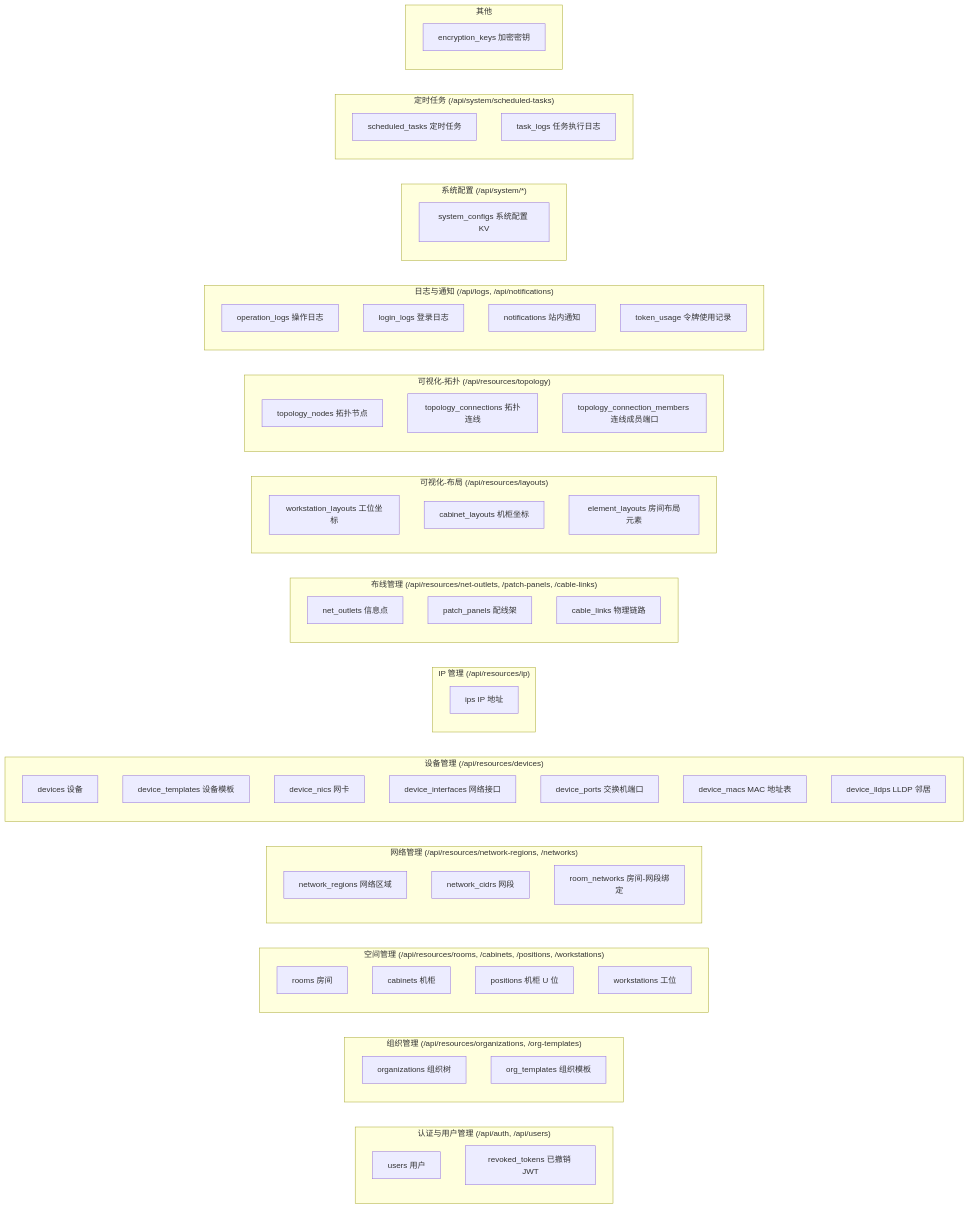
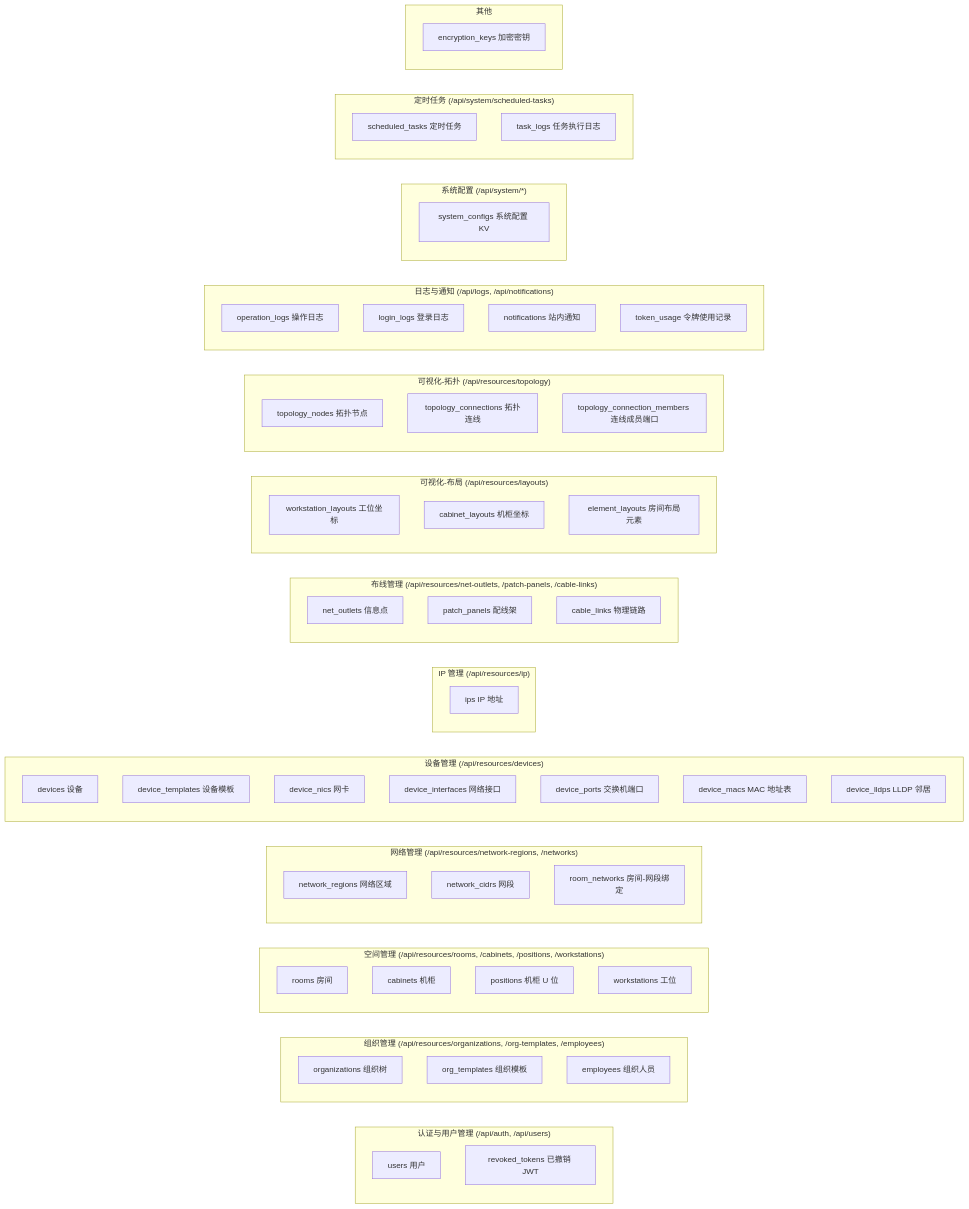
The first of 2 diagrams in docs/database-schema.md (o-i-i-o/foims), drawn with Mermaid before and after one commit. The commit also changed other lines of this file and 54 other files, not shown here.

````diff
--- a/docs/database-schema.md
+++ b/docs/database-schema.md
@@ -8,77 +8,78 @@
 ```mermaid
 flowchart LR
   subgraph AUTH["认证与用户管理 (/api/auth, /api/users)"]
     users["users 用户"]
     revoked_tokens["revoked_tokens 已撤销 JWT"]
   end
 
-  subgraph ORG["组织管理 (/api/resources/organizations, /org-templates)"]
+  subgraph ORG["组织管理 (/api/resources/organizations, /org-templates, /employees)"]
     organizations["organizations 组织树"]
     org_templates["org_templates 组织模板"]
+    employees["employees 组织人员"]
   end
 
   subgraph SPACE["空间管理 (/api/resources/rooms, /cabinets, /positions, /workstations)"]
     rooms["rooms 房间"]
     cabinets["cabinets 机柜"]
     positions["positions 机柜 U 位"]
     workstations["workstations 工位"]
   end
 
   subgraph NET["网络管理 (/api/resources/network-regions, /networks)"]
     network_regions["network_regions 网络区域"]
     network_cidrs["network_cidrs 网段"]
     room_networks["room_networks 房间-网段绑定"]
   end
 
   subgraph DEV["设备管理 (/api/resources/devices)"]
     devices["devices 设备"]
     device_templates["device_templates 设备模板"]
     device_nics["device_nics 网卡"]
     device_interfaces["device_interfaces 网络接口"]
     device_ports["device_ports 交换机端口"]
     device_macs["device_macs MAC 地址表"]
     device_lldps["device_lldps LLDP 邻居"]
   end
 
   subgraph IPM["IP 管理 (/api/resources/ip)"]
     ips["ips IP 地址"]
   end
 
   subgraph CABLING["布线管理 (/api/resources/net-outlets, /patch-panels, /cable-links)"]
     net_outlets["net_outlets 信息点"]
     patch_panels["patch_panels 配线架"]
     cable_links["cable_links 物理链路"]
   end
 
   subgraph LAYOUT["可视化-布局 (/api/resources/layouts)"]
     workstation_layouts["workstation_layouts 工位坐标"]
     cabinet_layouts["cabinet_layouts 机柜坐标"]
     element_layouts["element_layouts 房间布局元素"]
   end
 
   subgraph TOPO["可视化-拓扑 (/api/resources/topology)"]
     topology_nodes["topology_nodes 拓扑节点"]
     topology_connections["topology_connections 拓扑连线"]
     topology_connection_members["topology_connection_members 连线成员端口"]
   end
 
   subgraph SYSLOG["日志与通知 (/api/logs, /api/notifications)"]
     operation_logs["operation_logs 操作日志"]
     login_logs["login_logs 登录日志"]
     notifications["notifications 站内通知"]
     token_usage["token_usage 令牌使用记录"]
   end
 
   subgraph SYSCFG["系统配置 (/api/system/*)"]
     system_configs["system_configs 系统配置 KV"]
   end
 
   subgraph SCHED["定时任务 (/api/system/scheduled-tasks)"]
     scheduled_tasks["scheduled_tasks 定时任务"]
     task_logs["task_logs 任务执行日志"]
   end
 
   subgraph OTHER["其他"]
     encryption_keys["encryption_keys 加密密钥"]
   end
 ```
````
